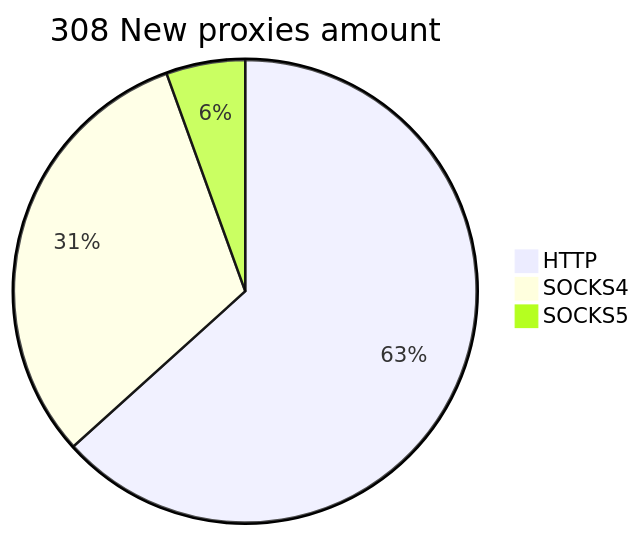
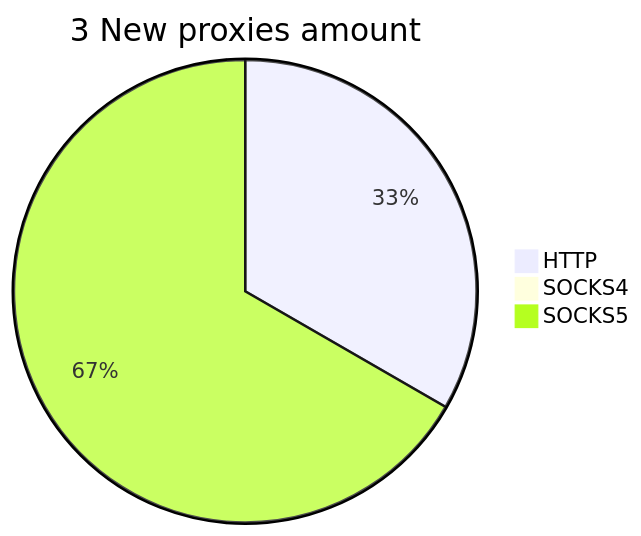
Before and after one commit to cutipu/proxylist: the second of 2 diagrams in README.md, drawn with Mermaid. The commit also changed other lines of this file, not shown here.

````diff
--- a/README.md
+++ b/README.md
@@ -10,6 +10,6 @@
 ```mermaid
-pie title 308 New proxies amount
-    "HTTP" : 195
-    "SOCKS4" : 96
-    "SOCKS5" : 17
+pie title 3 New proxies amount
+    "HTTP" : 1
+    "SOCKS4" : 0
+    "SOCKS5" : 2
 ```
````
